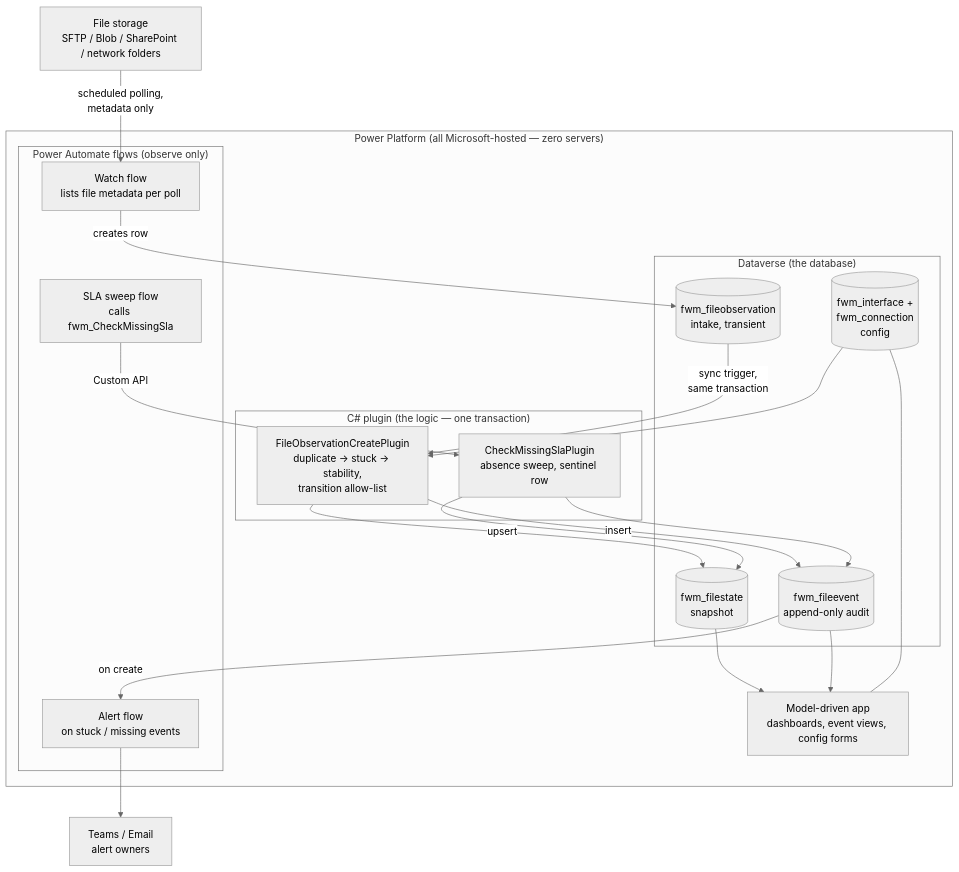
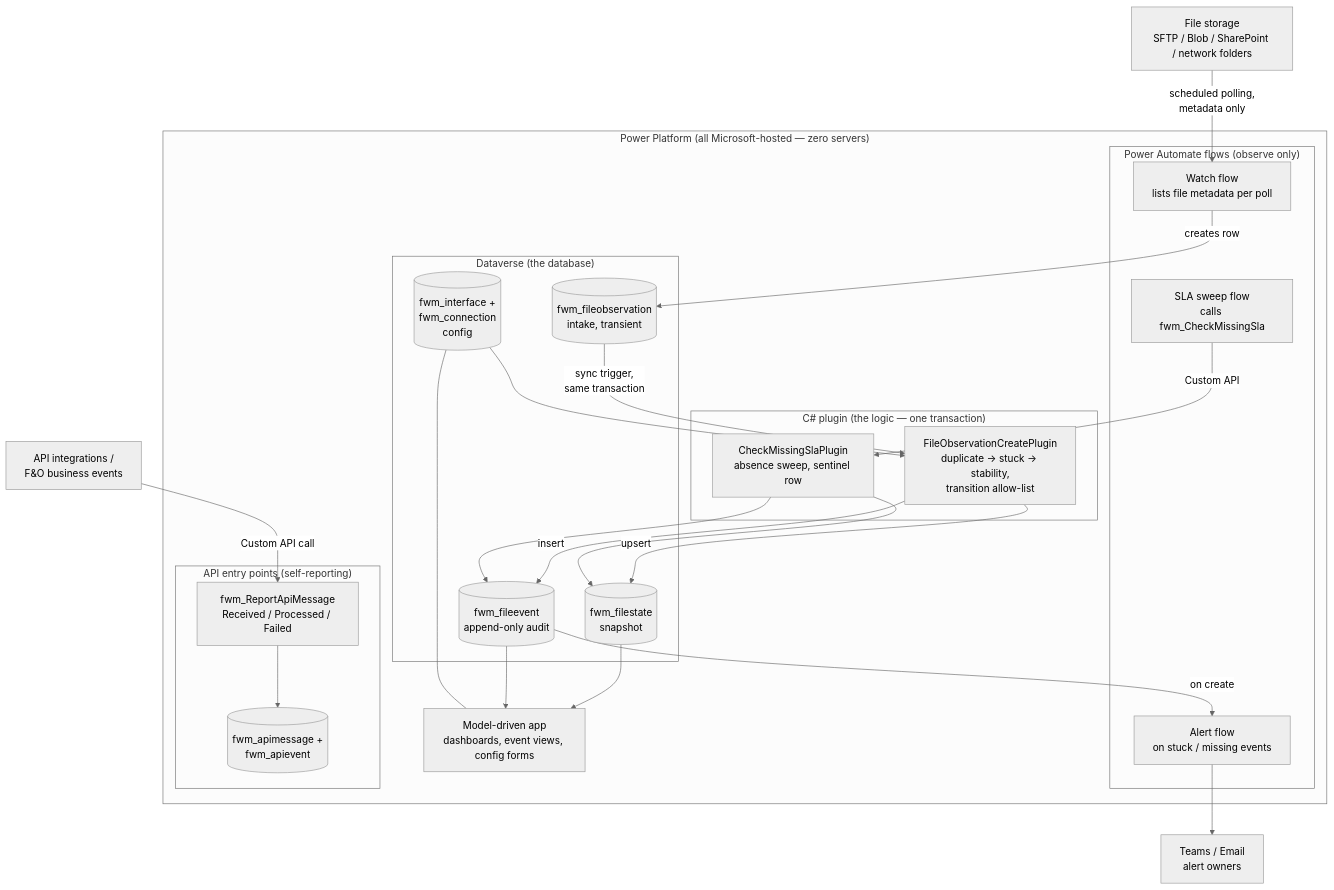
Before and after one commit to promprit/file-watcher: the diagram in docs/how-it-works.md, drawn with Mermaid (neutral theme). The commit also changed other lines of this file and 6 other files, not shown here.

First line of the commit message:
docs: sync all markdown with API monitoring - counts, diagrams, briefing

````diff
--- a/docs/how-it-works.md
+++ b/docs/how-it-works.md
@@ -7,40 +7,46 @@
 ```mermaid
 flowchart TB
     FS["File storage<br/>SFTP / Blob / SharePoint / network folders"]
 
     subgraph PP["Power Platform (all Microsoft-hosted — zero servers)"]
         subgraph FLOWS["Power Automate flows (observe only)"]
             WF["Watch flow<br/>lists file metadata per poll"]
             SW["SLA sweep flow<br/>calls fwm_CheckMissingSla"]
             AF["Alert flow<br/>on stuck / missing events"]
         end
         subgraph DV["Dataverse (the database)"]
             OBS[("fwm_fileobservation<br/>intake, transient")]
             CFG[("fwm_interface +<br/>fwm_connection<br/>config")]
             ST[("fwm_filestate<br/>snapshot")]
             EV[("fwm_fileevent<br/>append-only audit")]
         end
         subgraph PLUGIN["C# plugin (the logic — one transaction)"]
             P1["FileObservationCreatePlugin<br/>duplicate → stuck → stability,<br/>transition allow-list"]
             P2["CheckMissingSlaPlugin<br/>absence sweep, sentinel row"]
         end
         APP["Model-driven app<br/>dashboards, event views, config forms"]
+        subgraph API["API entry points (self-reporting)"]
+            RP["fwm_ReportApiMessage<br/>Received / Processed / Failed"]
+            AM[("fwm_apimessage +<br/>fwm_apievent")]
+        end
     end
+    SRC["API integrations /<br/>F&O business events"] -->|Custom API call| RP
+    RP --> AM
 
     N["Teams / Email<br/>alert owners"]
 
     FS -->|"scheduled polling,<br/>metadata only"| WF
     WF -->|creates row| OBS
     OBS -->|"sync trigger,<br/>same transaction"| P1
     CFG --> P1
     P1 -->|upsert| ST
     P1 -->|insert| EV
     SW -->|Custom API| P2
     P2 --> ST
     P2 --> EV
     EV -->|on create| AF
     AF --> N
     ST --> APP
     EV --> APP
     CFG --- APP
 ```
````
